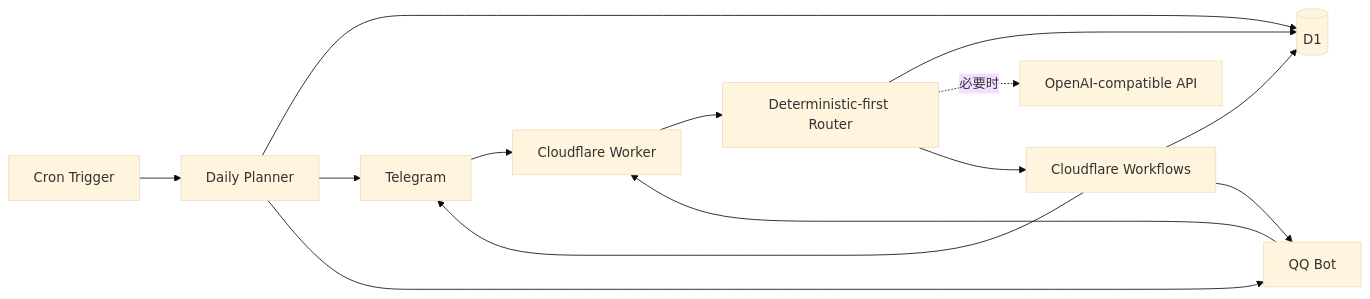
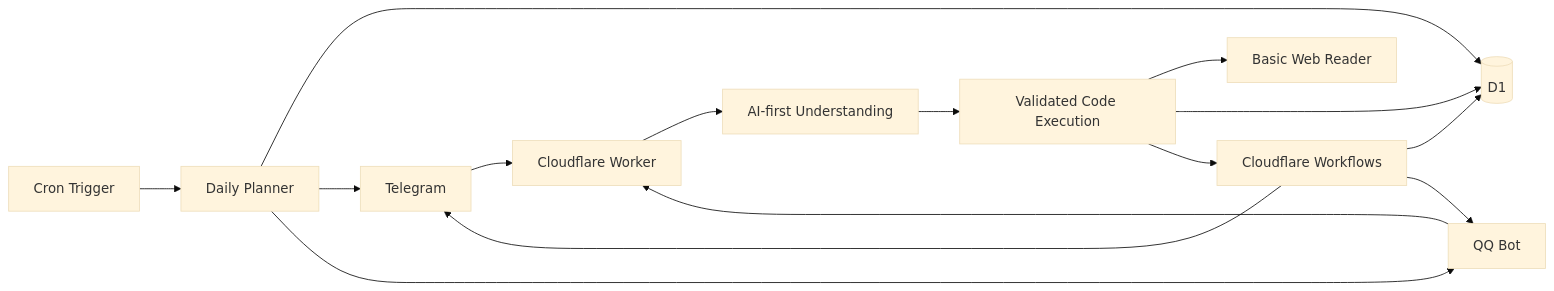
The diagram in README.md (kinamind/Desk-IX), drawn with Mermaid (base theme) before and after one commit. The commit also changed other lines of this file and 24 other files, not shown here.

Commit message:
Make Composa AI-first with web reading

````diff
--- a/README.md
+++ b/README.md
@@ -29,16 +31,17 @@
 ```mermaid
 flowchart LR
   TG["Telegram"] --> WH["Cloudflare Worker"]
   QQ["QQ Bot"] --> WH
-  WH --> RT["Deterministic-first Router"]
-  RT --> D1[("D1")]
-  RT -. "必要时" .-> AI["OpenAI-compatible API"]
-  RT --> WF["Cloudflare Workflows"]
+  WH --> AI["AI-first Understanding"]
+  AI --> EX["Validated Code Execution"]
+  EX --> WEB["Basic Web Reader"]
+  EX --> D1[("D1")]
+  EX --> WF["Cloudflare Workflows"]
   WF --> D1
   WF --> TG
   WF --> QQ
   CR["Cron Trigger"] --> PLAN["Daily Planner"]
   PLAN --> D1
   PLAN --> TG
   PLAN --> QQ
 ```
````
